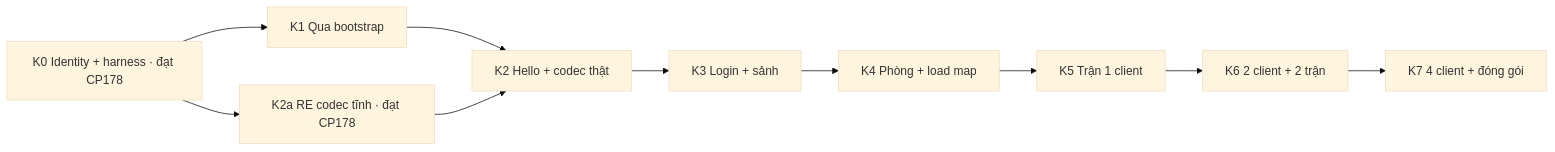
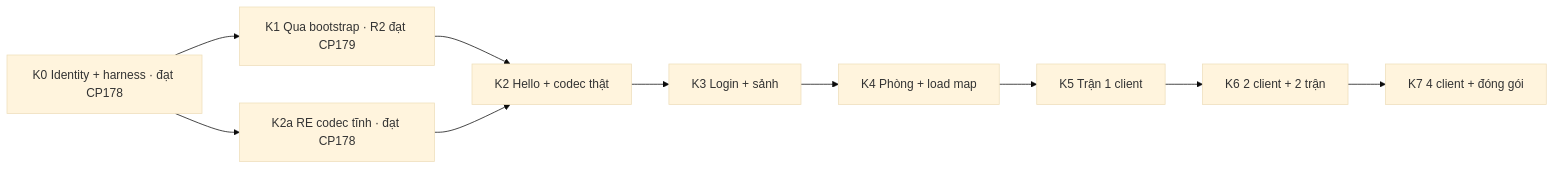
One commit to aquaplatinumberlitz/boom-kr-server changed the diagram in docs/PLAN.md. Above: the diagram before and after it, drawn with Mermaid (base theme). The commit also changed other lines of this file and 11 other files, not shown here.

````diff
--- a/docs/PLAN.md
+++ b/docs/PLAN.md
@@ -158,12 +156,12 @@
 ```mermaid
 flowchart LR
-  K0["K0 Identity + harness · đạt CP178"] --> K1["K1 Qua bootstrap"]
+  K0["K0 Identity + harness · đạt CP178"] --> K1["K1 Qua bootstrap · R2 đạt CP179"]
   K0 --> K2a["K2a RE codec tĩnh · đạt CP178"]
   K1 --> K2["K2 Hello + codec thật"]
   K2a --> K2
   K2 --> K3["K3 Login + sảnh"]
   K3 --> K4["K4 Phòng + load map"]
   K4 --> K5["K5 Trận 1 client"]
   K5 --> K6["K6 2 client + 2 trận"]
   K6 --> K7["K7 4 client + đóng gói"]
 ```
````
